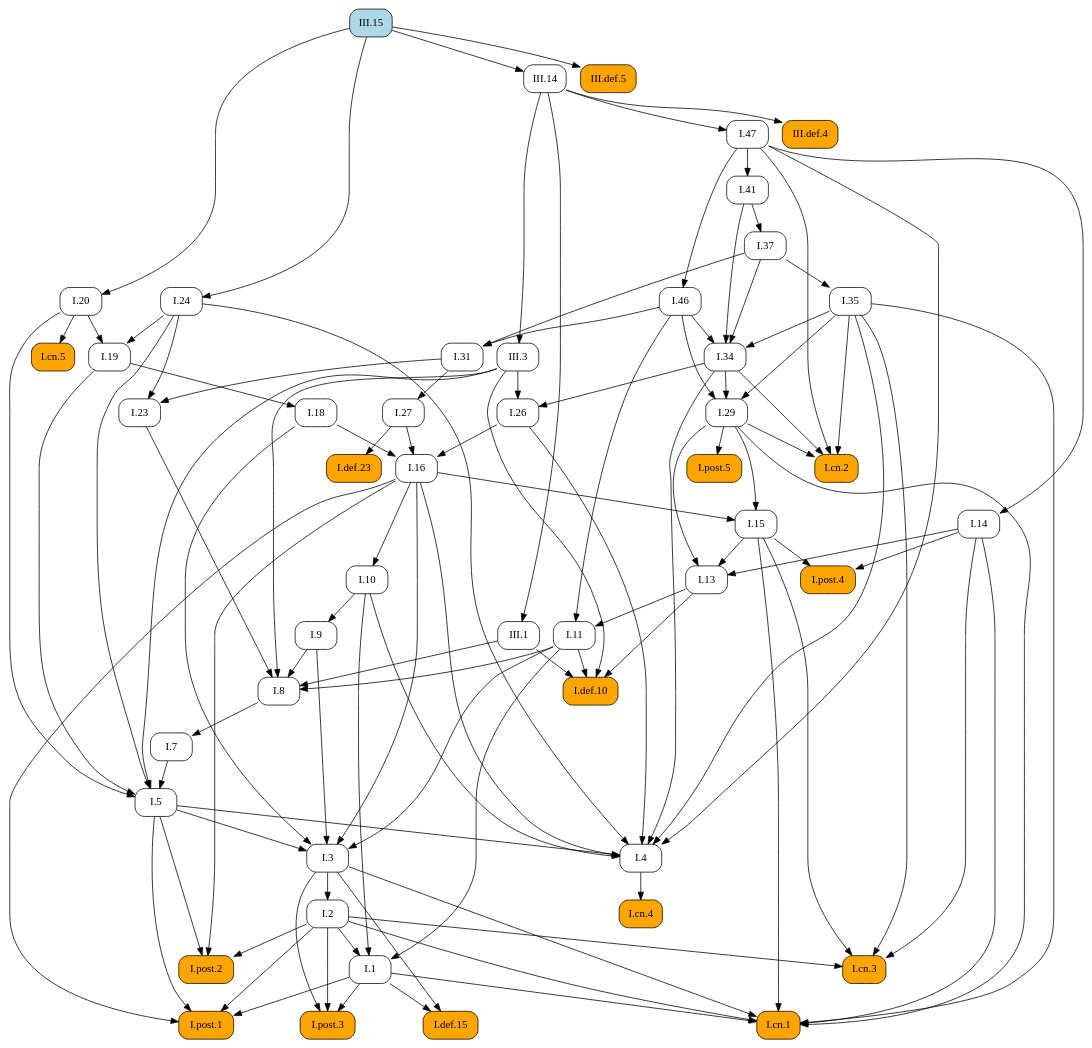
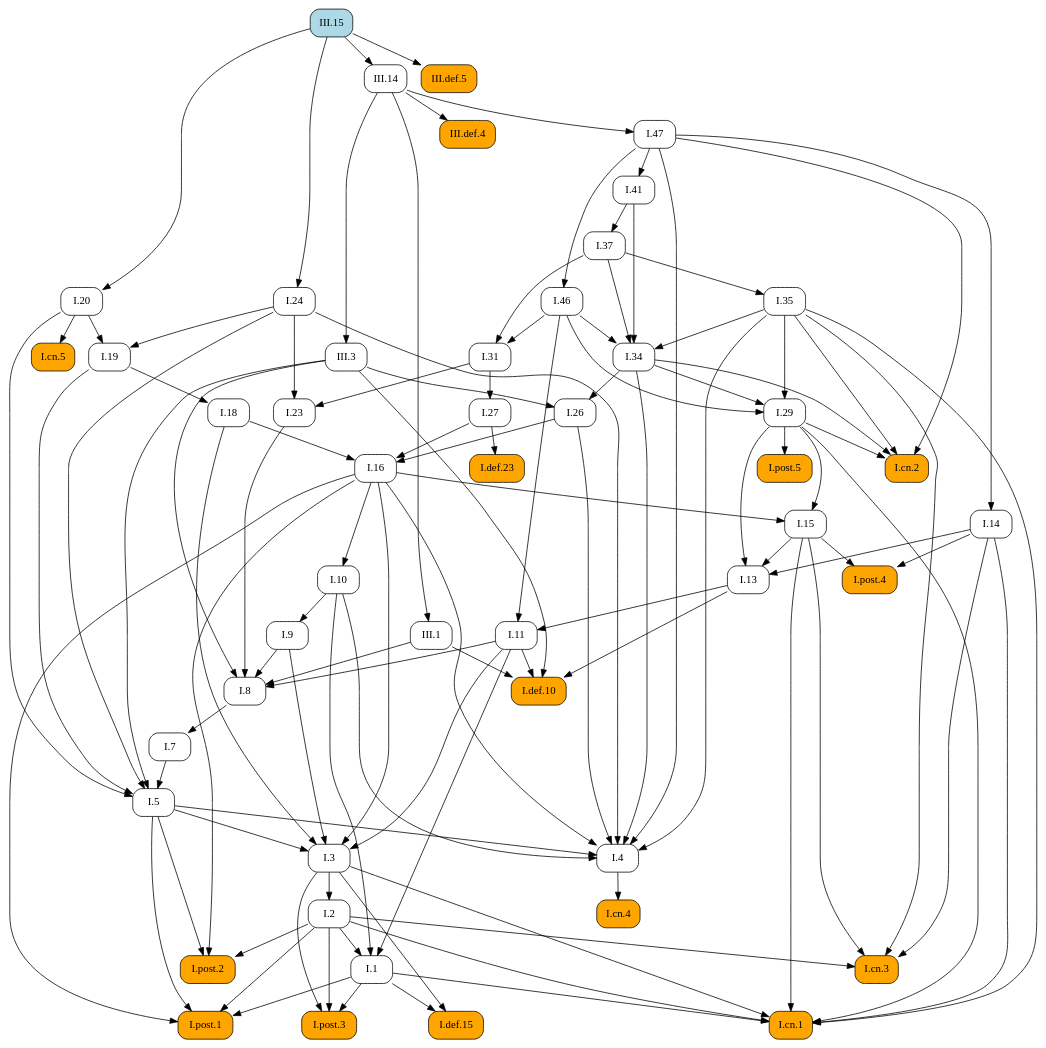
Before and after one commit to geometor/elements: the diagram in docsrc/elements2/III/15/index.rst, drawn with Graphviz. The commit also changed other lines of this file and 409 other files, not shown here.

First line of the commit message:
feat: Add image cropping and graphic extraction script

```diff
--- a/docsrc/elements2/III/15/index.rst
+++ b/docsrc/elements2/III/15/index.rst
@@ -70,111 +70,77 @@
    digraph {
      rankdir="TB";
      node [shape=box, style=rounded];
+     "I.37" [URL="/elements2/I/37/", target="_top"];
+     "I.cn.2" [style="rounded,filled", fillcolor=orange, URL="/elements2/I/cn.2/", target="_top"];
+     "I.31" [URL="/elements2/I/31/", target="_top"];
+     "I.41" [URL="/elements2/I/41/", target="_top"];
      "I.8" [URL="/elements2/I/8/", target="_top"];
+     "I.5" [URL="/elements2/I/5/", target="_top"];
+     "I.47" [URL="/elements2/I/47/", target="_top"];
+     "I.15" [URL="/elements2/I/15/", target="_top"];
+     "I.26" [URL="/elements2/I/26/", target="_top"];
+     "I.cn.1" [style="rounded,filled", fillcolor=orange, URL="/elements2/I/cn.1/", target="_top"];
+     "I.7" [URL="/elements2/I/7/", target="_top"];
+     "I.23" [URL="/elements2/I/23/", target="_top"];
+     "III.15" [style="rounded,filled", fillcolor=lightblue, URL="/elements2/III/15/", target="_top"];
+     "I.16" [URL="/elements2/I/16/", target="_top"];
+     "I.35" [URL="/elements2/I/35/", target="_top"];
+     "I.34" [URL="/elements2/I/34/", target="_top"];
+     "I.20" [URL="/elements2/I/20/", target="_top"];
+     "I.def.15" [style="rounded,filled", fillcolor=orange, URL="/elements2/I/def.15/", target="_top"];
      "I.46" [URL="/elements2/I/46/", target="_top"];
-     "I.47" [URL="/elements2/I/47/", target="_top"];
+     "I.19" [URL="/elements2/I/19/", target="_top"];
+     "I.18" [URL="/elements2/I/18/", target="_top"];
+     "I.def.10" [style="rounded,filled", fillcolor=orange, URL="/elements2/I/def.10/", target="_top"];
+     "I.post.4" [style="rounded,filled", fillcolor=orange, URL="/elements2/I/post.4/", target="_top"];
+     "I.11" [URL="/elements2/I/11/", target="_top"];
+     "I.def.23" [style="rounded,filled", fillcolor=orange, URL="/elements2/I/def.23/", target="_top"];
+     "I.post.5" [style="rounded,filled", fillcolor=orange, URL="/elements2/I/post.5/", target="_top"];
+     "I.3" [URL="/elements2/I/3/", target="_top"];
+     "I.14" [URL="/elements2/I/14/", target="_top"];
+     "I.10" [URL="/elements2/I/10/", target="_top"];
+     "III.14" [URL="/elements2/III/14/", target="_top"];
+     "I.cn.3" [style="rounded,filled", fillcolor=orange, URL="/elements2/I/cn.3/", target="_top"];
+     "I.cn.5" [style="rounded,filled", fillcolor=orange, URL="/elements2/I/cn.5/", target="_top"];
+     "I.13" [URL="/elements2/I/13/", target="_top"];
+     "III.def.5" [style="rounded,filled", fillcolor=orange, URL="/elements2/III/def.5/", target="_top"];
+     "I.4" [URL="/elements2/I/4/", target="_top"];
+     "I.post.3" [style="rounded,filled", fillcolor=orange, URL="/elements2/I/post.3/", target="_top"];
+     "III.3" [URL="/elements2/III/3/", target="_top"];
+     "I.9" [URL="/elements2/I/9/", target="_top"];
+     "I.29" [URL="/elements2/I/29/", target="_top"];
+     "I.24" [URL="/elements2/I/24/", target="_top"];
      "I.post.1" [style="rounded,filled", fillcolor=orange, URL="/elements2/I/post.1/", target="_top"];
+     "I.2" [URL="/elements2/I/2/", target="_top"];
+     "I.27" [URL="/elements2/I/27/", target="_top"];
      "III.def.4" [style="rounded,filled", fillcolor=orange, URL="/elements2/III/def.4/", target="_top"];
-     "I.14" [URL="/elements2/I/14/", target="_top"];
-     "I.5" [URL="/elements2/I/5/", target="_top"];
-     "I.post.5" [style="rounded,filled", fillcolor=orange, URL="/elements2/I/post.5/", target="_top"];
-     "III.3" [URL="/elements2/III/3/", target="_top"];
-     "I.def.10" [style="rounded,filled", fillcolor=orange, URL="/elements2/I/def.10/", target="_top"];
-     "I.cn.2" [style="rounded,filled", fillcolor=orange, URL="/elements2/I/cn.2/", target="_top"];
-     "I.def.15" [style="rounded,filled", fillcolor=orange, URL="/elements2/I/def.15/", target="_top"];
-     "I.31" [URL="/elements2/I/31/", target="_top"];
-     "I.11" [URL="/elements2/I/11/", target="_top"];
-     "I.3" [URL="/elements2/I/3/", target="_top"];
-     "I.post.2" [style="rounded,filled", fillcolor=orange, URL="/elements2/I/post.2/", target="_top"];
-     "I.def.23" [style="rounded,filled", fillcolor=orange, URL="/elements2/I/def.23/", target="_top"];
-     "I.26" [URL="/elements2/I/26/", target="_top"];
-     "III.15" [style="rounded,filled", fillcolor=lightblue, URL="/elements2/III/15/", target="_top"];
-     "I.19" [URL="/elements2/I/19/", target="_top"];
-     "I.cn.3" [style="rounded,filled", fillcolor=orange, URL="/elements2/I/cn.3/", target="_top"];
      "I.cn.4" [style="rounded,filled", fillcolor=orange, URL="/elements2/I/cn.4/", target="_top"];
      "I.1" [URL="/elements2/I/1/", target="_top"];
-     "I.7" [URL="/elements2/I/7/", target="_top"];
-     "I.9" [URL="/elements2/I/9/", target="_top"];
-     "I.cn.1" [style="rounded,filled", fillcolor=orange, URL="/elements2/I/cn.1/", target="_top"];
-     "I.29" [URL="/elements2/I/29/", target="_top"];
-     "I.16" [URL="/elements2/I/16/", target="_top"];
-     "I.18" [URL="/elements2/I/18/", target="_top"];
-     "I.13" [URL="/elements2/I/13/", target="_top"];
-     "I.post.4" [style="rounded,filled", fillcolor=orange, URL="/elements2/I/post.4/", target="_top"];
-     "I.41" [URL="/elements2/I/41/", target="_top"];
-     "I.35" [URL="/elements2/I/35/", target="_top"];
-     "I.2" [URL="/elements2/I/2/", target="_top"];
-     "I.37" [URL="/elements2/I/37/", target="_top"];
-     "I.27" [URL="/elements2/I/27/", target="_top"];
-     "I.cn.5" [style="rounded,filled", fillcolor=orange, URL="/elements2/I/cn.5/", target="_top"];
-     "I.24" [URL="/elements2/I/24/", target="_top"];
-     "I.4" [URL="/elements2/I/4/", target="_top"];
      "III.1" [URL="/elements2/III/1/", target="_top"];
-     "I.10" [URL="/elements2/I/10/", target="_top"];
-     "I.15" [URL="/elements2/I/15/", target="_top"];
-     "I.20" [URL="/elements2/I/20/", target="_top"];
-     "I.34" [URL="/elements2/I/34/", target="_top"];
-     "I.23" [URL="/elements2/I/23/", target="_top"];
-     "III.14" [URL="/elements2/III/14/", target="_top"];
-     "III.def.5" [style="rounded,filled", fillcolor=orange, URL="/elements2/III/def.5/", target="_top"];
-     "I.post.3" [style="rounded,filled", fillcolor=orange, URL="/elements2/I/post.3/", target="_top"];
+     "I.post.2" [style="rounded,filled", fillcolor=orange, URL="/elements2/I/post.2/", target="_top"];
+     "I.41" -> "I.37";
+     "I.29" -> "I.cn.2";
+     "I.34" -> "I.cn.2";
+     "I.35" -> "I.cn.2";
+     "I.47" -> "I.cn.2";
+     "I.37" -> "I.31";
+     "I.46" -> "I.31";
+     "I.47" -> "I.41";
      "I.9" -> "I.8";
      "I.11" -> "I.8";
      "I.23" -> "I.8";
      "III.1" -> "I.8";
      "III.3" -> "I.8";
-     "I.47" -> "I.46";
-     "III.14" -> "I.47";
-     "I.1" -> "I.post.1";
-     "I.2" -> "I.post.1";
-     "I.5" -> "I.post.1";
-     "I.16" -> "I.post.1";
-     "III.14" -> "III.def.4";
-     "I.47" -> "I.14";
      "I.7" -> "I.5";
      "I.19" -> "I.5";
      "I.20" -> "I.5";
      "I.24" -> "I.5";
      "III.3" -> "I.5";
-     "I.29" -> "I.post.5";
-     "III.14" -> "III.3";
-     "I.11" -> "I.def.10";
-     "I.13" -> "I.def.10";
-     "III.1" -> "I.def.10";
-     "III.3" -> "I.def.10";
-     "I.29" -> "I.cn.2";
-     "I.34" -> "I.cn.2";
-     "I.35" -> "I.cn.2";
-     "I.47" -> "I.cn.2";
-     "I.1" -> "I.def.15";
-     "I.3" -> "I.def.15";
-     "I.37" -> "I.31";
-     "I.46" -> "I.31";
-     "I.13" -> "I.11";
-     "I.46" -> "I.11";
-     "I.5" -> "I.3";
-     "I.9" -> "I.3";
-     "I.11" -> "I.3";
-     "I.16" -> "I.3";
-     "I.18" -> "I.3";
-     "I.2" -> "I.post.2";
-     "I.5" -> "I.post.2";
-     "I.16" -> "I.post.2";
-     "I.27" -> "I.def.23";
+     "III.14" -> "I.47";
+     "I.16" -> "I.15";
+     "I.29" -> "I.15";
      "I.34" -> "I.26";
      "III.3" -> "I.26";
-     "I.20" -> "I.19";
-     "I.24" -> "I.19";
-     "I.2" -> "I.cn.3";
-     "I.14" -> "I.cn.3";
-     "I.15" -> "I.cn.3";
-     "I.35" -> "I.cn.3";
-     "I.4" -> "I.cn.4";
-     "I.2" -> "I.1";
-     "I.10" -> "I.1";
-     "I.11" -> "I.1";
-     "I.8" -> "I.7";
-     "I.10" -> "I.9";
      "I.1" -> "I.cn.1";
      "I.2" -> "I.cn.1";
      "I.3" -> "I.cn.1";
@@ -182,25 +148,51 @@
      "I.15" -> "I.cn.1";
      "I.29" -> "I.cn.1";
      "I.35" -> "I.cn.1";
-     "I.34" -> "I.29";
-     "I.35" -> "I.29";
-     "I.46" -> "I.29";
+     "I.8" -> "I.7";
+     "I.24" -> "I.23";
+     "I.31" -> "I.23";
      "I.18" -> "I.16";
      "I.26" -> "I.16";
      "I.27" -> "I.16";
+     "I.37" -> "I.35";
+     "I.35" -> "I.34";
+     "I.37" -> "I.34";
+     "I.41" -> "I.34";
+     "I.46" -> "I.34";
+     "III.15" -> "I.20";
+     "I.1" -> "I.def.15";
+     "I.3" -> "I.def.15";
+     "I.47" -> "I.46";
+     "I.20" -> "I.19";
+     "I.24" -> "I.19";
      "I.19" -> "I.18";
+     "I.11" -> "I.def.10";
+     "I.13" -> "I.def.10";
+     "III.1" -> "I.def.10";
+     "III.3" -> "I.def.10";
+     "I.14" -> "I.post.4";
+     "I.15" -> "I.post.4";
+     "I.13" -> "I.11";
+     "I.46" -> "I.11";
+     "I.27" -> "I.def.23";
+     "I.29" -> "I.post.5";
+     "I.5" -> "I.3";
+     "I.9" -> "I.3";
+     "I.11" -> "I.3";
+     "I.16" -> "I.3";
+     "I.18" -> "I.3";
+     "I.47" -> "I.14";
+     "I.16" -> "I.10";
+     "III.15" -> "III.14";
+     "I.2" -> "I.cn.3";
+     "I.14" -> "I.cn.3";
+     "I.15" -> "I.cn.3";
+     "I.35" -> "I.cn.3";
+     "I.20" -> "I.cn.5";
      "I.14" -> "I.13";
      "I.15" -> "I.13";
      "I.29" -> "I.13";
-     "I.14" -> "I.post.4";
-     "I.15" -> "I.post.4";
-     "I.47" -> "I.41";
-     "I.37" -> "I.35";
-     "I.3" -> "I.2";
-     "I.41" -> "I.37";
-     "I.31" -> "I.27";
-     "I.20" -> "I.cn.5";
-     "III.15" -> "I.24";
+     "III.15" -> "III.def.5";
      "I.5" -> "I.4";
      "I.10" -> "I.4";
      "I.16" -> "I.4";
@@ -209,20 +201,28 @@
      "I.34" -> "I.4";
      "I.35" -> "I.4";
      "I.47" -> "I.4";
-     "III.14" -> "III.1";
-     "I.16" -> "I.10";
-     "I.16" -> "I.15";
-     "I.29" -> "I.15";
-     "III.15" -> "I.20";
-     "I.35" -> "I.34";
-     "I.37" -> "I.34";
-     "I.41" -> "I.34";
-     "I.46" -> "I.34";
-     "I.24" -> "I.23";
-     "I.31" -> "I.23";
-     "III.15" -> "III.14";
-     "III.15" -> "III.def.5";
      "I.1" -> "I.post.3";
      "I.2" -> "I.post.3";
      "I.3" -> "I.post.3";
+     "III.14" -> "III.3";
+     "I.10" -> "I.9";
+     "I.34" -> "I.29";
+     "I.35" -> "I.29";
+     "I.46" -> "I.29";
+     "III.15" -> "I.24";
+     "I.1" -> "I.post.1";
+     "I.2" -> "I.post.1";
+     "I.5" -> "I.post.1";
+     "I.16" -> "I.post.1";
+     "I.3" -> "I.2";
+     "I.31" -> "I.27";
+     "III.14" -> "III.def.4";
+     "I.4" -> "I.cn.4";
+     "I.2" -> "I.1";
+     "I.10" -> "I.1";
+     "I.11" -> "I.1";
+     "III.14" -> "III.1";
+     "I.2" -> "I.post.2";
+     "I.5" -> "I.post.2";
+     "I.16" -> "I.post.2";
    }
```
